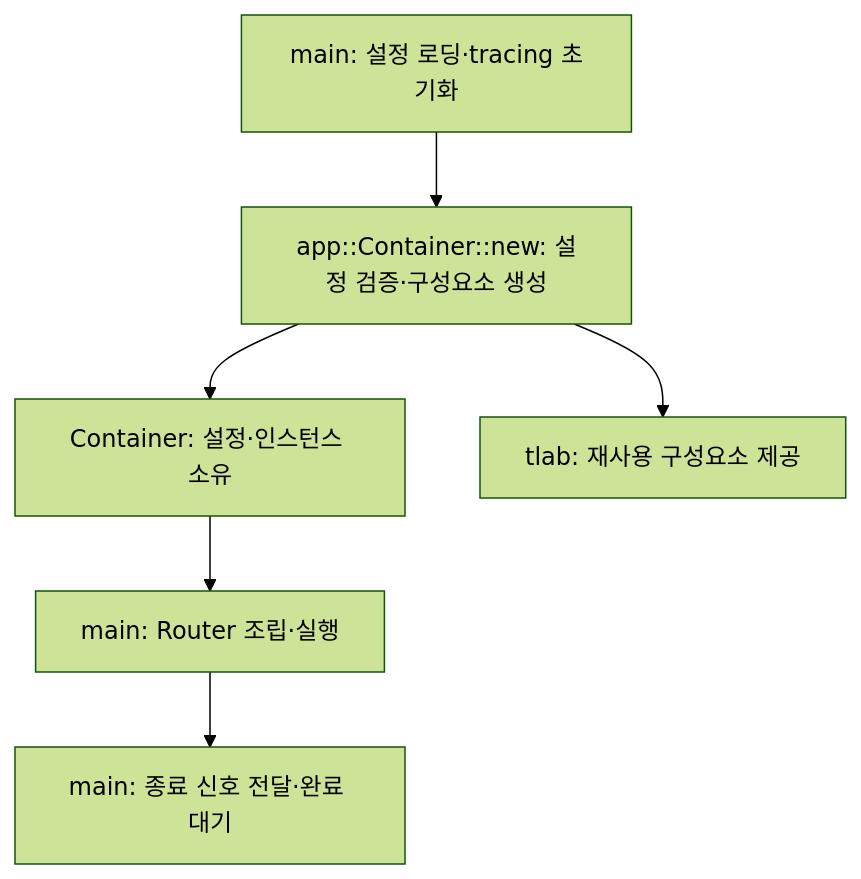
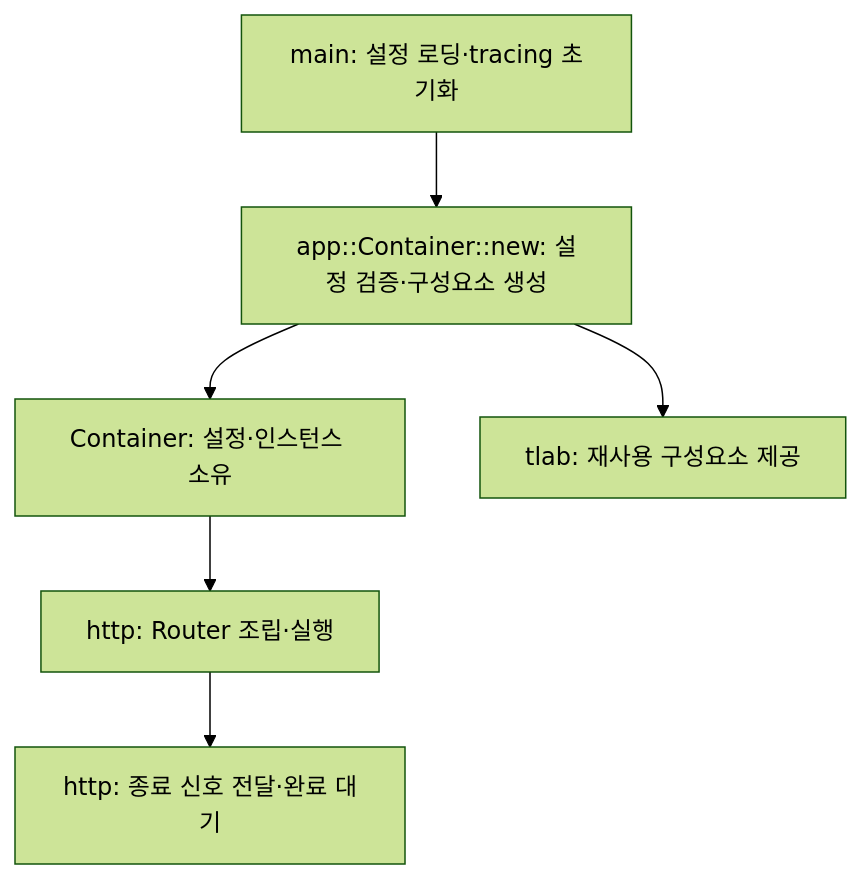
The diagram in docs/architecture/index.md (ghtak/tlab), drawn with Mermaid (forest theme) before and after one commit. The commit also changed other lines of this file and 6 other files, not shown here.

````diff
--- a/docs/architecture/index.md
+++ b/docs/architecture/index.md
@@ -28,8 +29,8 @@
 ```mermaid
 flowchart TD
     M[main: 설정 로딩·tracing 초기화] --> C[app::Container::new: 설정 검증·구성요소 생성]
     C --> O[Container: 설정·인스턴스 소유]
-    O --> R[main: Router 조립·실행]
-    R --> S[main: 종료 신호 전달·완료 대기]
+    O --> R[http: Router 조립·실행]
+    R --> S[http: 종료 신호 전달·완료 대기]
     C --> L[tlab: 재사용 구성요소 제공]
 ```
````
